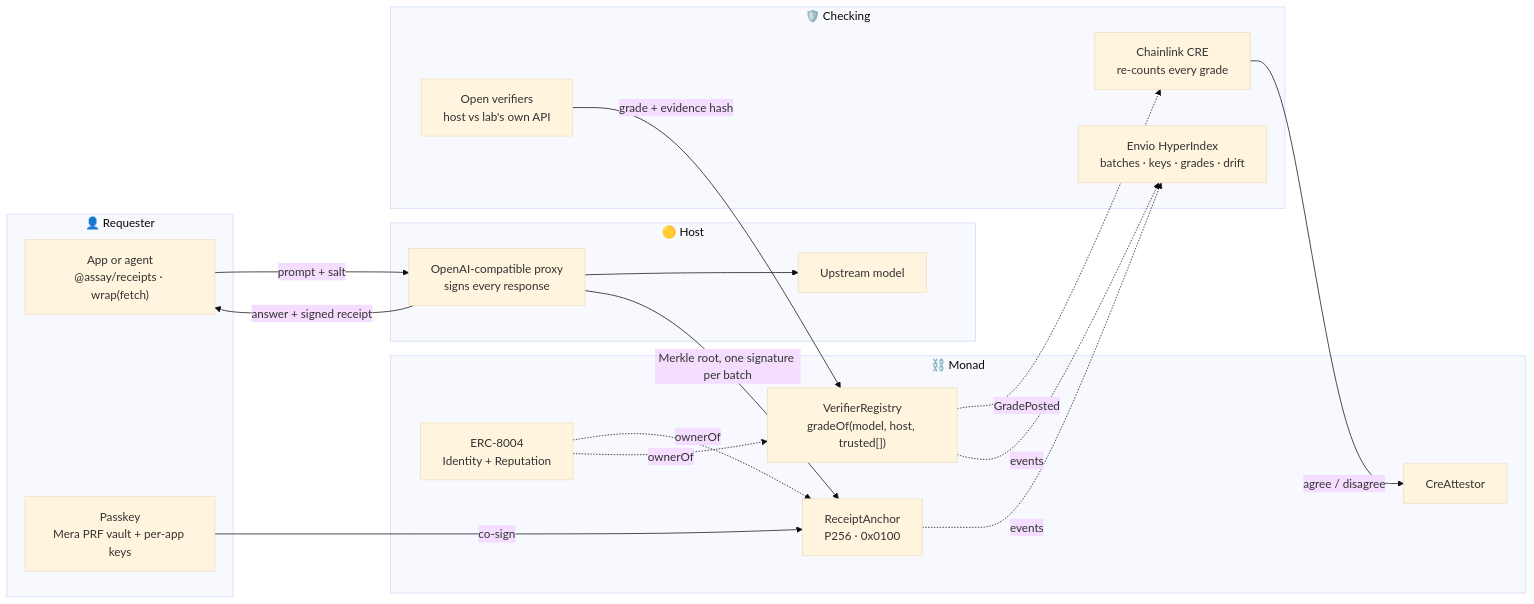
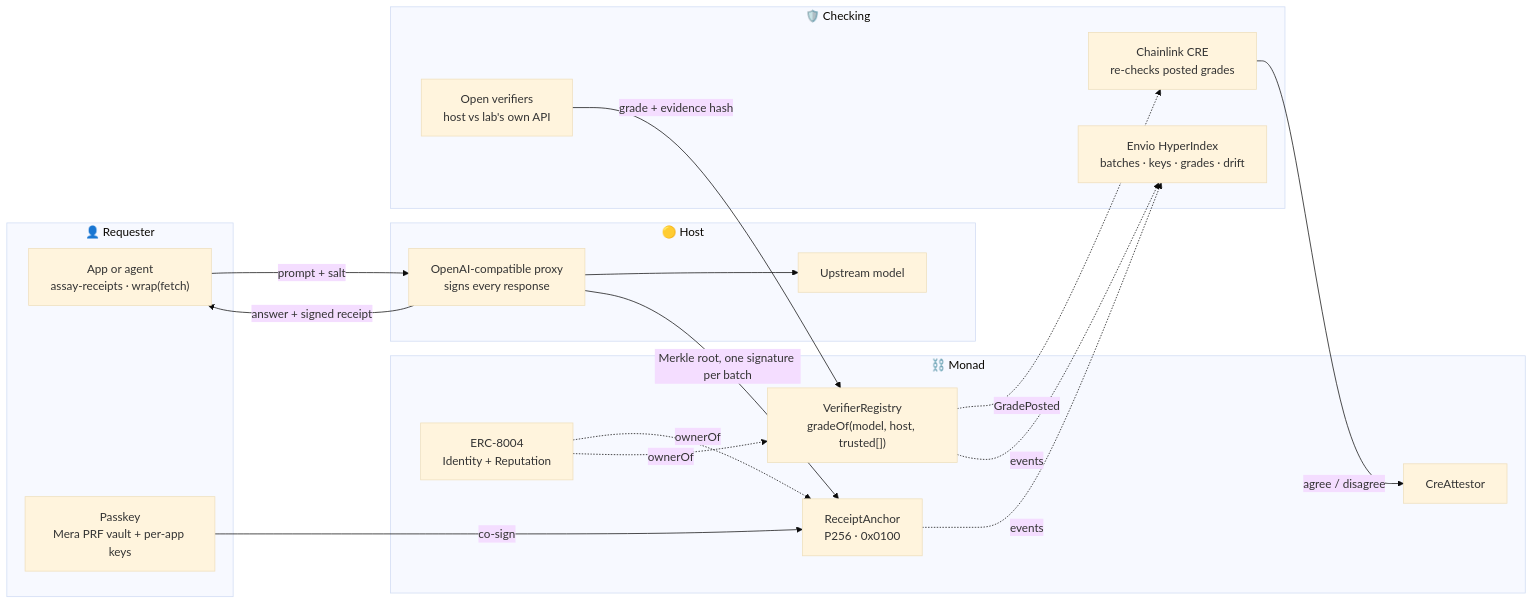
The diagram in README.md (trudransh/Assay), drawn with Mermaid (base theme) before and after one commit. The commit also changed other lines of this file, not shown here.

Commit message:
docs(readme): runnable gate sample against host 10316, CRE claims match what ran, Mandate marked proposed, retract 'sealed'

````diff
--- a/README.md
+++ b/README.md
@@ -69,32 +69,32 @@
 ```mermaid
 flowchart LR
     subgraph You["👤 Requester"]
-        APP["App or agent<br/>@assay/receipts · wrap(fetch)"]
+        APP["App or agent<br/>assay-receipts · wrap(fetch)"]
         PK["Passkey<br/>Mera PRF vault + per-app keys"]
     end
     subgraph Host["🟡 Host"]
         H["OpenAI-compatible proxy<br/>signs every response"]
         UP["Upstream model"]
     end
     subgraph Monad["⛓️ Monad"]
         RA["ReceiptAnchor<br/>P256 · 0x0100"]
         VR["VerifierRegistry<br/>gradeOf(model, host, trusted[])"]
         CA["CreAttestor"]
         ID["ERC-8004<br/>Identity + Reputation"]
     end
     subgraph Trust["🛡️ Checking"]
         V["Open verifiers<br/>host vs lab's own API"]
-        CRE["Chainlink CRE<br/>re-counts every grade"]
+        CRE["Chainlink CRE<br/>re-checks posted grades"]
         IDX["Envio HyperIndex<br/>batches · keys · grades · drift"]
     end
     APP -->|"prompt + salt"| H --> UP
     H -->|"answer + signed receipt"| APP
     H -->|"Merkle root, one signature per batch"| RA
     PK -->|"co-sign"| RA
     V -->|"grade + evidence hash"| VR
     VR -. GradePosted .-> CRE -->|"agree / disagree"| CA
     RA -. events .-> IDX
     VR -. events .-> IDX
     ID -. ownerOf .-> RA
     ID -. ownerOf .-> VR
 ```
````
